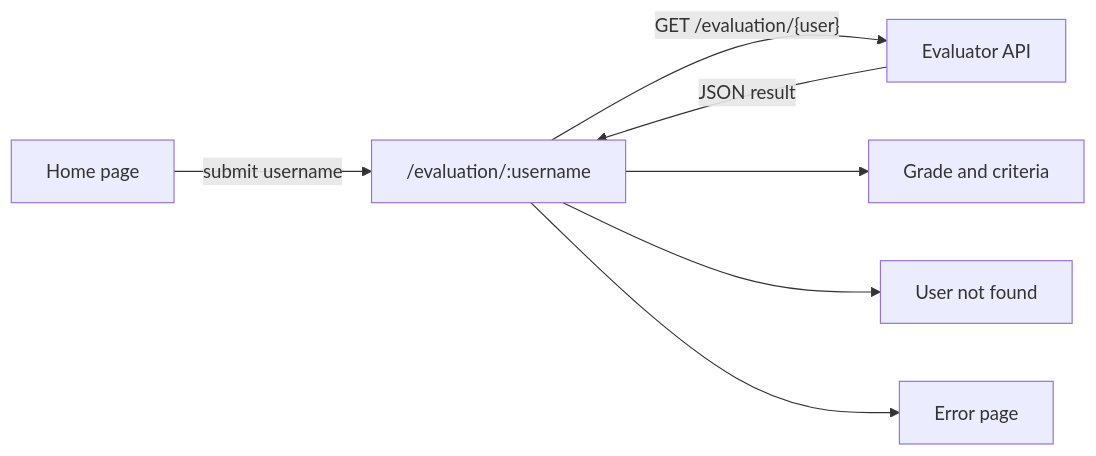
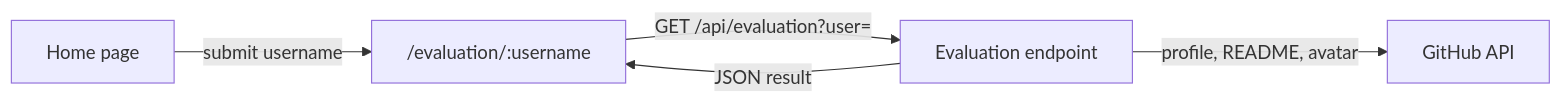
One commit to rahelmartim/trybe-github-evaluator changed the diagram in README.md. Above: the diagram before and after it, drawn with Mermaid. The commit also changed other lines of this file and 21 other files, not shown here.

````diff
--- a/README.md
+++ b/README.md
@@ -93,9 +38,7 @@
 ```mermaid
 flowchart LR
-    Home["Home page"] -- "submit username" --> Evaluation["/evaluation/:username"]
-    Evaluation -- "GET /evaluation/{user}" --> API["Evaluator API"]
-    API -- "JSON result" --> Evaluation
-    Evaluation --> Result["Grade and criteria"]
-    Evaluation --> NotFound["User not found"]
-    Evaluation --> Error["Error page"]
+    Home["Home page"] -- "submit username" --> Page["/evaluation/:username"]
+    Page -- "GET /api/evaluation?user=" --> Endpoint["Evaluation endpoint"]
+    Endpoint -- "profile, README, avatar" --> GitHub["GitHub API"]
+    Endpoint -- "JSON result" --> Page
 ```
````
